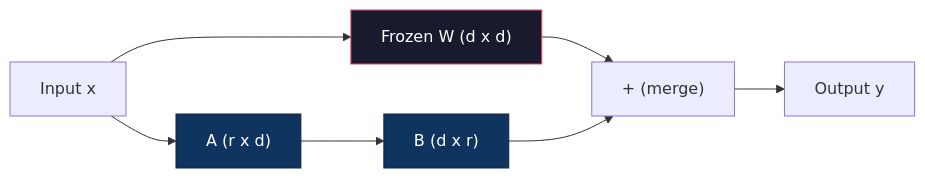
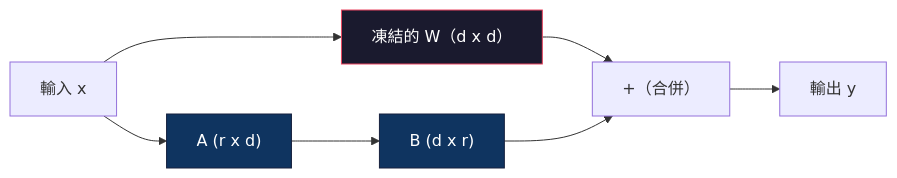
One commit to edward821220/ai-engineering-from-scratch changed the first of 2 diagrams in i18n/zh-TW/phases/11-llm-engineering/08-fine-tuning-lora/docs/zh-TW.md. Above: the diagram before and after it, drawn with Mermaid. The commit also changed other lines of this file and 123 other files, not shown here.

````diff
--- a/i18n/zh-TW/phases/11-llm-engineering/08-fine-tuning-lora/docs/zh-TW.md
+++ b/i18n/zh-TW/phases/11-llm-engineering/08-fine-tuning-lora/docs/zh-TW.md
@@ -61,13 +61,13 @@
 ```mermaid
 graph LR
-    X["Input x"] --> W["Frozen W (d x d)"]
+    X["輸入 x"] --> W["凍結的 W（d x d）"]
     X --> A["A (r x d)"]
     A --> B["B (d x r)"]
-    W --> Plus["+ (merge)"]
+    W --> Plus["+（合併）"]
     B --> Plus
-    Plus --> Y["Output y"]
+    Plus --> Y["輸出 y"]
 
     style W fill:#1a1a2e,stroke:#e94560,color:#fff
     style A fill:#0f3460,stroke:#16213e,color:#fff
     style B fill:#0f3460,stroke:#16213e,color:#fff
 ```
````
